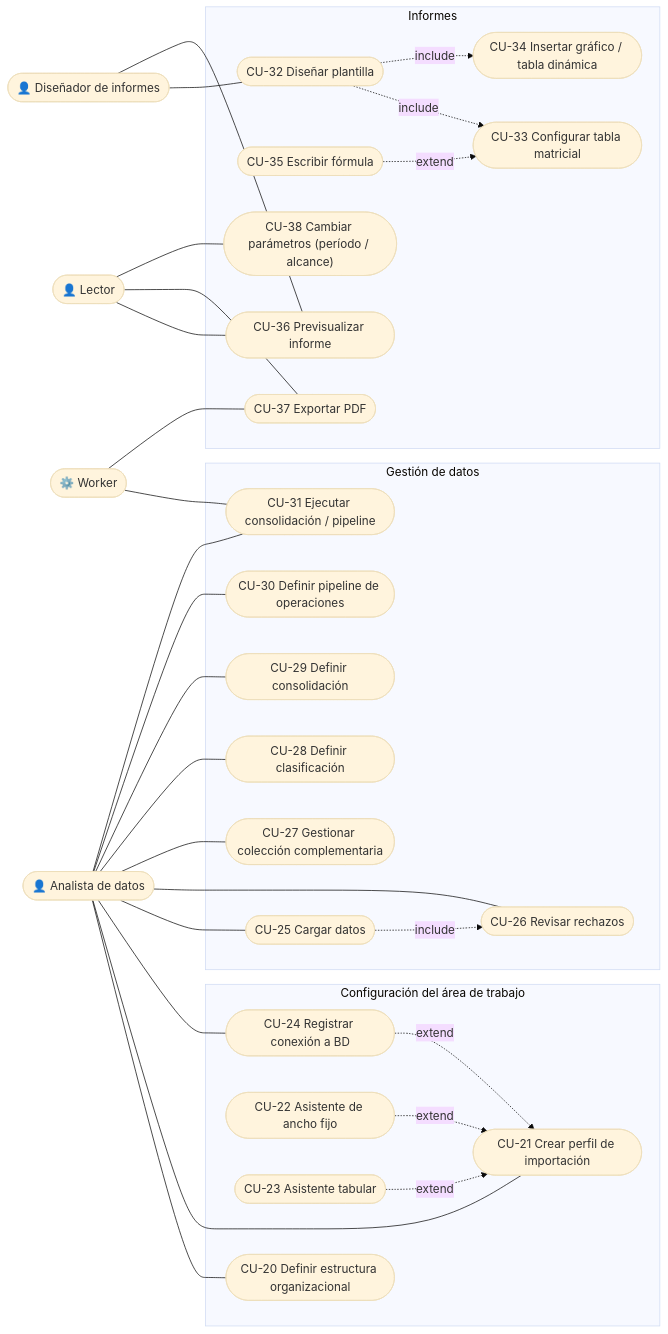
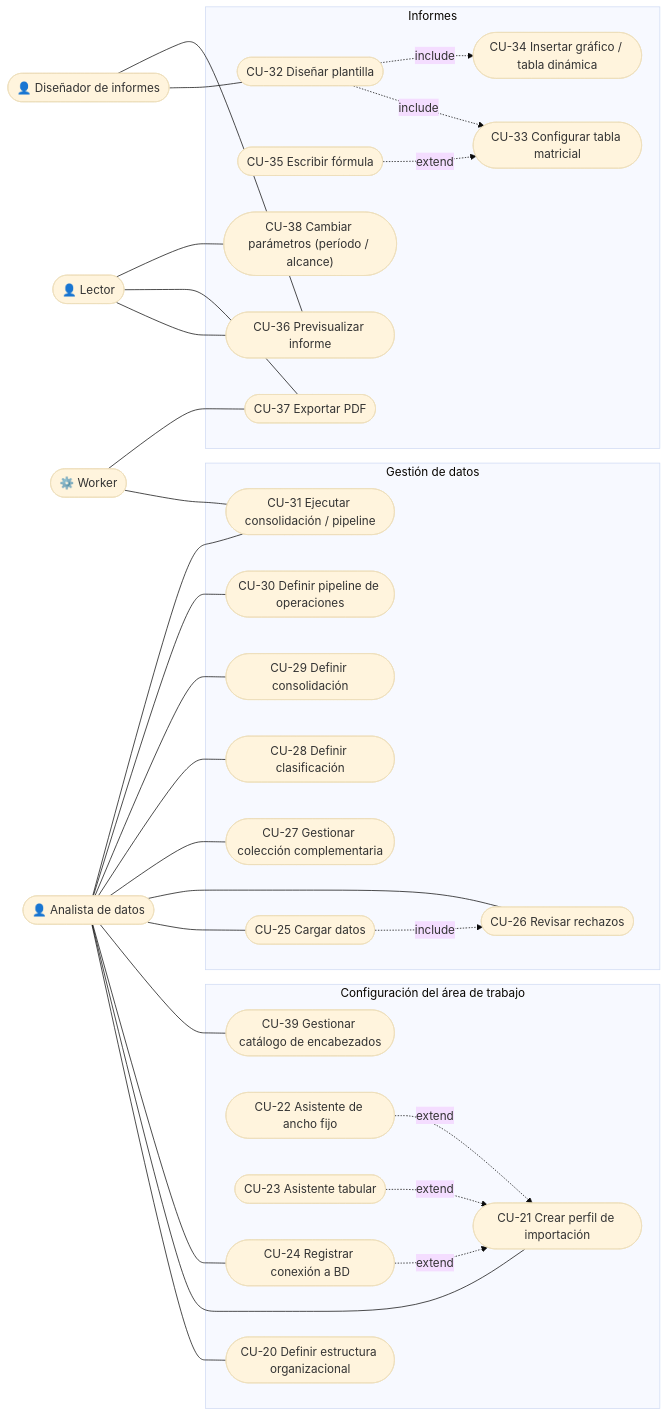
One commit to Axel-Esquivel/Asisteglt_v2 changed the third of 4 diagrams in docs/03-casos-de-uso.md. Above: the diagram before and after it, drawn with Mermaid (base theme). The commit also changed other lines of this file and 10 other files, not shown here.

````diff
--- a/docs/03-casos-de-uso.md
+++ b/docs/03-casos-de-uso.md
@@ -133,60 +137,62 @@
 ```mermaid
 flowchart LR
     analista(["👤 Analista de datos"])
     disenador(["👤 Diseñador de informes"])
     lector(["👤 Lector"])
     worker(["⚙️ Worker"])
 
     subgraph cfg["Configuración del área de trabajo"]
         r01(["CU-20 Definir estructura organizacional"])
         r02(["CU-21 Crear perfil de importación"])
         r03(["CU-22 Asistente de ancho fijo"])
         r04(["CU-23 Asistente tabular"])
         r05(["CU-24 Registrar conexión a BD"])
+        r20(["CU-39 Gestionar catálogo de encabezados"])
     end
 
     subgraph datos["Gestión de datos"]
         r06(["CU-25 Cargar datos"])
         r07(["CU-26 Revisar rechazos"])
         r08(["CU-27 Gestionar colección complementaria"])
         r09(["CU-28 Definir clasificación"])
         r10(["CU-29 Definir consolidación"])
         r11(["CU-30 Definir pipeline de operaciones"])
         r12(["CU-31 Ejecutar consolidación / pipeline"])
     end
 
     subgraph inf["Informes"]
         r13(["CU-32 Diseñar plantilla"])
         r14(["CU-33 Configurar tabla matricial"])
         r15(["CU-34 Insertar gráfico / tabla dinámica"])
         r16(["CU-35 Escribir fórmula"])
         r17(["CU-36 Previsualizar informe"])
         r18(["CU-37 Exportar PDF"])
         r19(["CU-38 Cambiar parámetros (período / alcance)"])
     end
 
     analista --- r01
     analista --- r02
     analista --- r05
+    analista --- r20
     analista --- r06
     analista --- r07
     analista --- r08
     analista --- r09
     analista --- r10
     analista --- r11
     analista --- r12
     r03 -. extend .-> r02
     r04 -. extend .-> r02
     r05 -. extend .-> r02
     r06 -. include .-> r07
     disenador --- r13
     r13 -. include .-> r14
     r13 -. include .-> r15
     r16 -. extend .-> r14
     disenador --- r17
     lector --- r17
     lector --- r18
     lector --- r19
     worker --- r12
     worker --- r18
 ```
````
